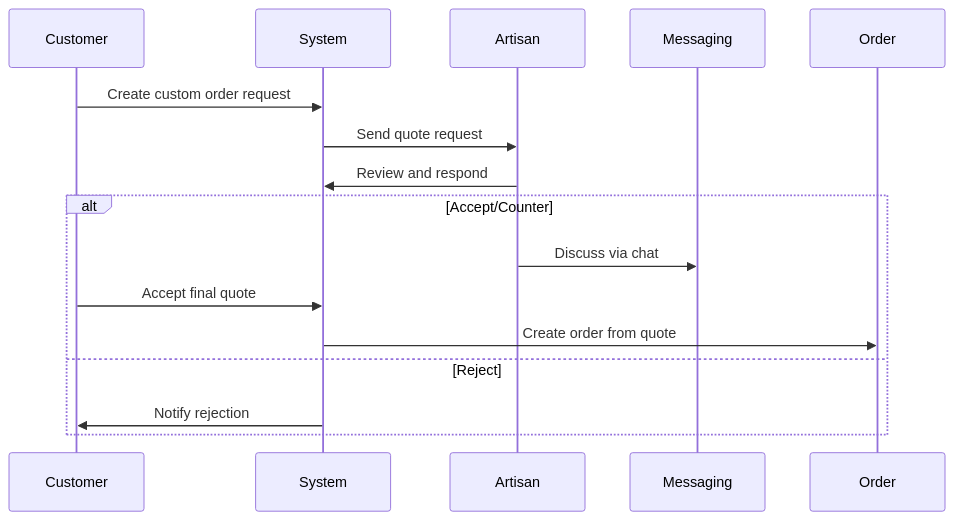
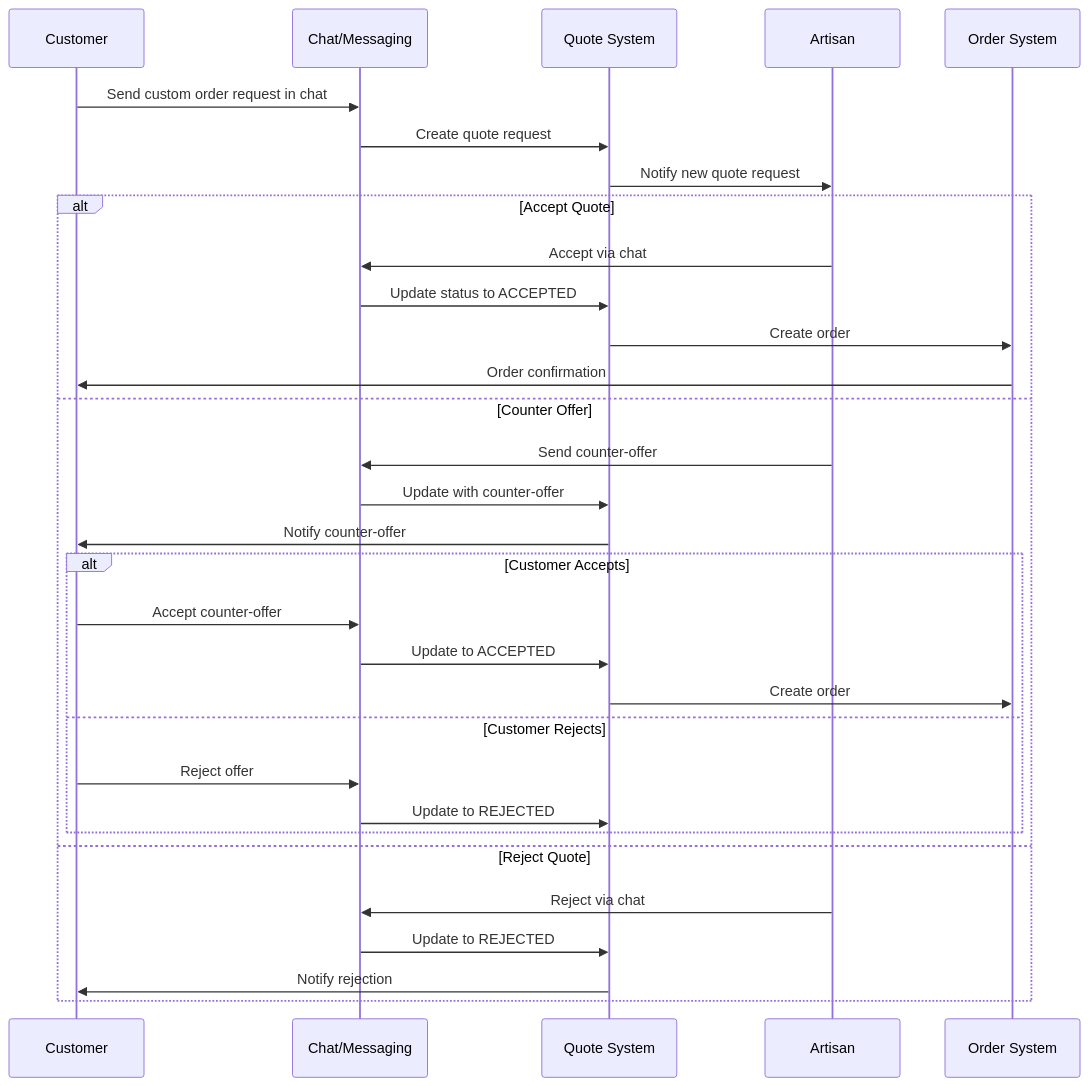
The second of 3 diagrams in README.md (cuongnv03/artisan-connect-server), drawn with Mermaid before and after one commit. The commit also changed other lines of this file, not shown here.

````diff
--- a/README.md
+++ b/README.md
@@ -185,19 +185,38 @@
 ```mermaid
 sequenceDiagram
     participant C as Customer
-    participant S as System
+    participant M as Chat/Messaging
+    participant Q as Quote System
     participant A as Artisan
-    participant M as Messaging
-    participant O as Order
+    participant O as Order System
 
-    C->>S: Create custom order request
-    S->>A: Send quote request
-    A->>S: Review and respond
-    alt Accept/Counter
-        A->>M: Discuss via chat
-        C->>S: Accept final quote
-        S->>O: Create order from quote
-    else Reject
-        S->>C: Notify rejection
+    C->>M: Send custom order request in chat
+    M->>Q: Create quote request
+    Q->>A: Notify new quote request
+    
+    alt Accept Quote
+        A->>M: Accept via chat
+        M->>Q: Update status to ACCEPTED
+        Q->>O: Create order
+        O->>C: Order confirmation
+        
+    else Counter Offer
+        A->>M: Send counter-offer
+        M->>Q: Update with counter-offer
+        Q->>C: Notify counter-offer
+        
+        alt Customer Accepts
+            C->>M: Accept counter-offer
+            M->>Q: Update to ACCEPTED
+            Q->>O: Create order
+        else Customer Rejects
+            C->>M: Reject offer
+            M->>Q: Update to REJECTED
+        end
+        
+    else Reject Quote
+        A->>M: Reject via chat
+        M->>Q: Update to REJECTED
+        Q->>C: Notify rejection
     end
 ```
````
